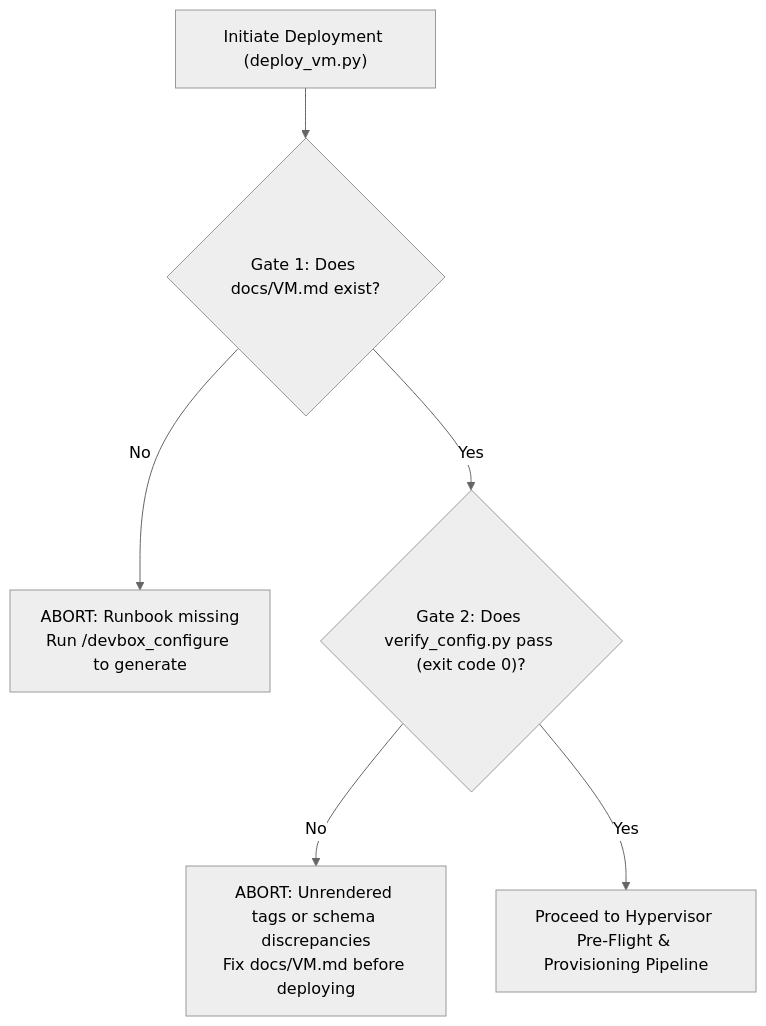
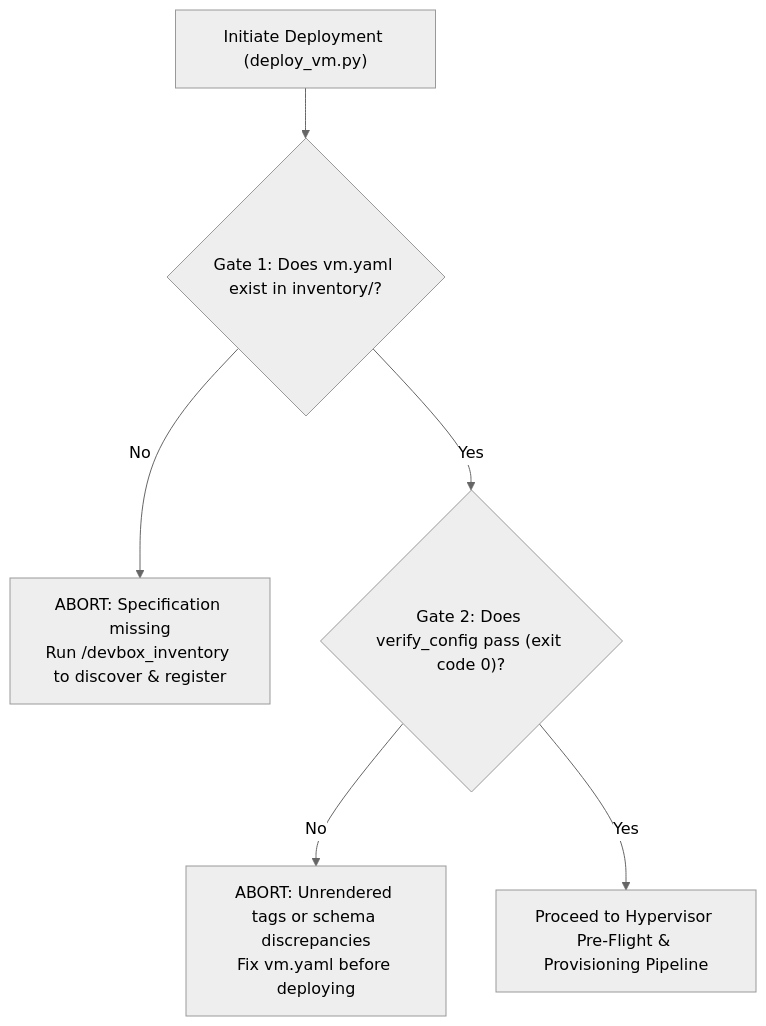
One commit to simplybarter/AirlockVM changed the diagram in .agents/skills/devbox_deploy/SKILL.md. Above: the diagram before and after it, drawn with Mermaid (neutral theme). The commit also changed other lines of this file and 13 other files, not shown here.

First line of the commit message:
feat(deploy): use vm.yaml as SSOT for deployment and retire docs/VM.md

````diff
--- a/.agents/skills/devbox_deploy/SKILL.md
+++ b/.agents/skills/devbox_deploy/SKILL.md
@@ -33,8 +34,8 @@
 ```mermaid
 flowchart TD
-    Start["Initiate Deployment (deploy_vm.py)"] --> Gate1{"Gate 1: Does docs/VM.md exist?"}
-    Gate1 -- No --> Abort1["ABORT: Runbook missing<br/>Run /devbox_configure to generate"]
-    Gate1 -- Yes --> Gate2{"Gate 2: Does verify_config.py pass (exit code 0)?"}
-    Gate2 -- No --> Abort2["ABORT: Unrendered tags or schema discrepancies<br/>Fix docs/VM.md before deploying"]
+    Start["Initiate Deployment (deploy_vm.py)"] --> Gate1{"Gate 1: Does vm.yaml exist in inventory/?"}
+    Gate1 -- No --> Abort1["ABORT: Specification missing<br/>Run /devbox_inventory to discover & register"]
+    Gate1 -- Yes --> Gate2{"Gate 2: Does verify_config pass (exit code 0)?"}
+    Gate2 -- No --> Abort2["ABORT: Unrendered tags or schema discrepancies<br/>Fix vm.yaml before deploying"]
     Gate2 -- Yes --> Deploy["Proceed to Hypervisor Pre-Flight & Provisioning Pipeline"]
 ```
````
